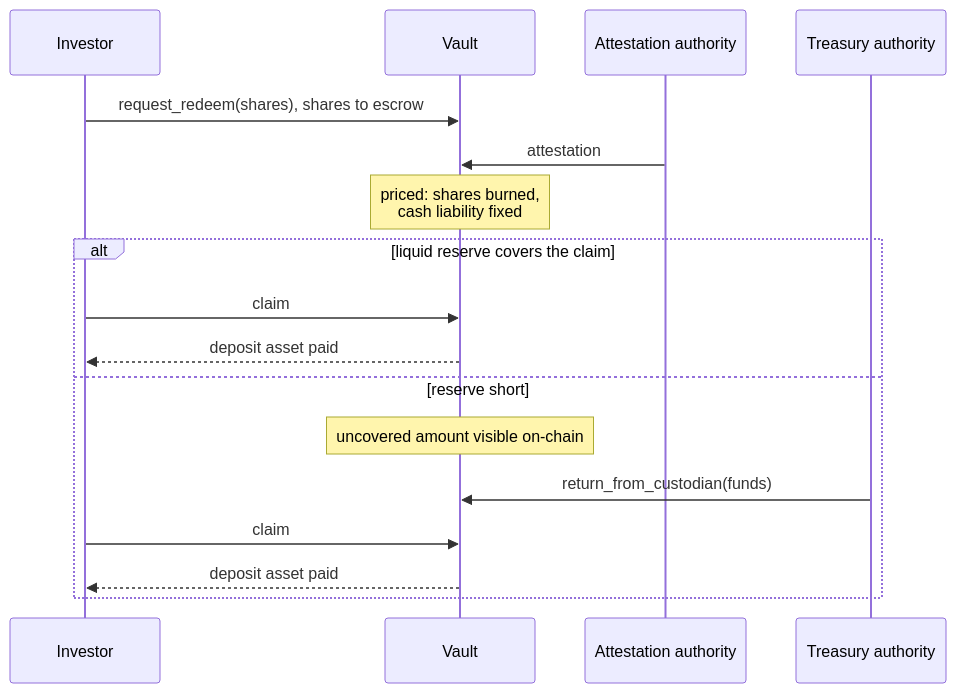
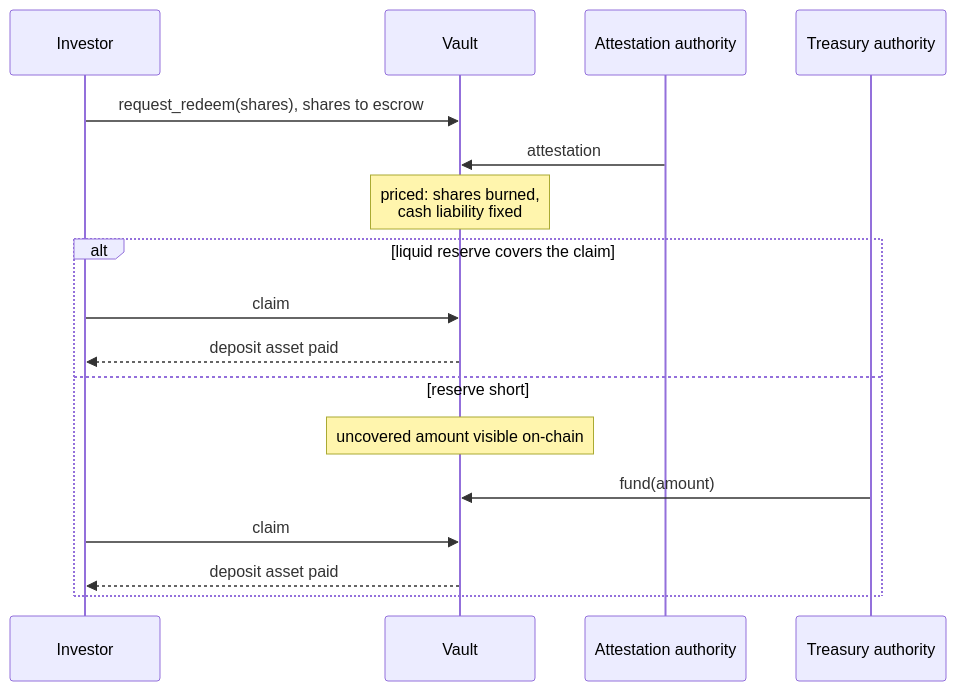
One commit to BootNodeDev/strata-vault-kit changed the fourth of 4 diagrams in docs/strata-product-and-architecture.md. Above: the diagram before and after it, drawn with Mermaid. The commit also changed other lines of this file and 1 other file, not shown here.

````diff
--- a/docs/strata-product-and-architecture.md
+++ b/docs/strata-product-and-architecture.md
@@ -341,19 +325,19 @@
 ```mermaid
 sequenceDiagram
     participant I as Investor
     participant V as Vault
     participant O as Attestation authority
     participant T as Treasury authority
     I->>V: request_redeem(shares), shares to escrow
     O->>V: attestation
     Note over V: priced: shares burned,<br/>cash liability fixed
     alt liquid reserve covers the claim
         I->>V: claim
         V-->>I: deposit asset paid
     else reserve short
         Note over V: uncovered amount visible on-chain
-        T->>V: return_from_custodian(funds)
+        T->>V: fund(amount)
         I->>V: claim
         V-->>I: deposit asset paid
     end
 ```
````
